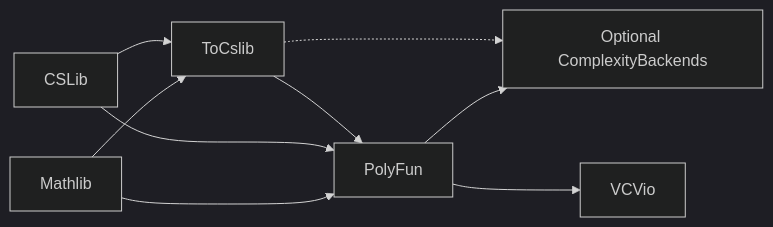
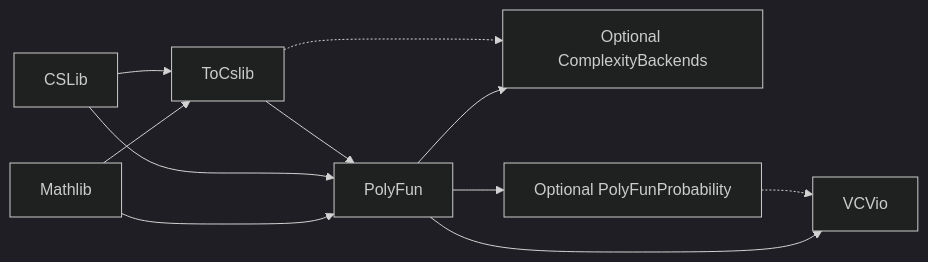
One commit to Verified-zkEVM/PolyFun changed the diagram in README.md. Above: the diagram before and after it, drawn with Mermaid (dark theme). The commit also changed other lines of this file and 31 other files, not shown here.

First line of the commit message:
feat(probability): the security boundary and an optional measure-theoretic library

````diff
--- a/README.md
+++ b/README.md
@@ -49,11 +51,13 @@
 ```mermaid
 flowchart LR
   M[Mathlib] --> P[PolyFun]
   C[CSLib] --> P
   M --> T[ToCslib]
   C --> T
   T --> P
   P --> A[Optional ComplexityBackends]
   T -.-> A
+  P --> R[Optional PolyFunProbability]
   P --> V[VCVio]
+  R -.-> V
 ```
````
